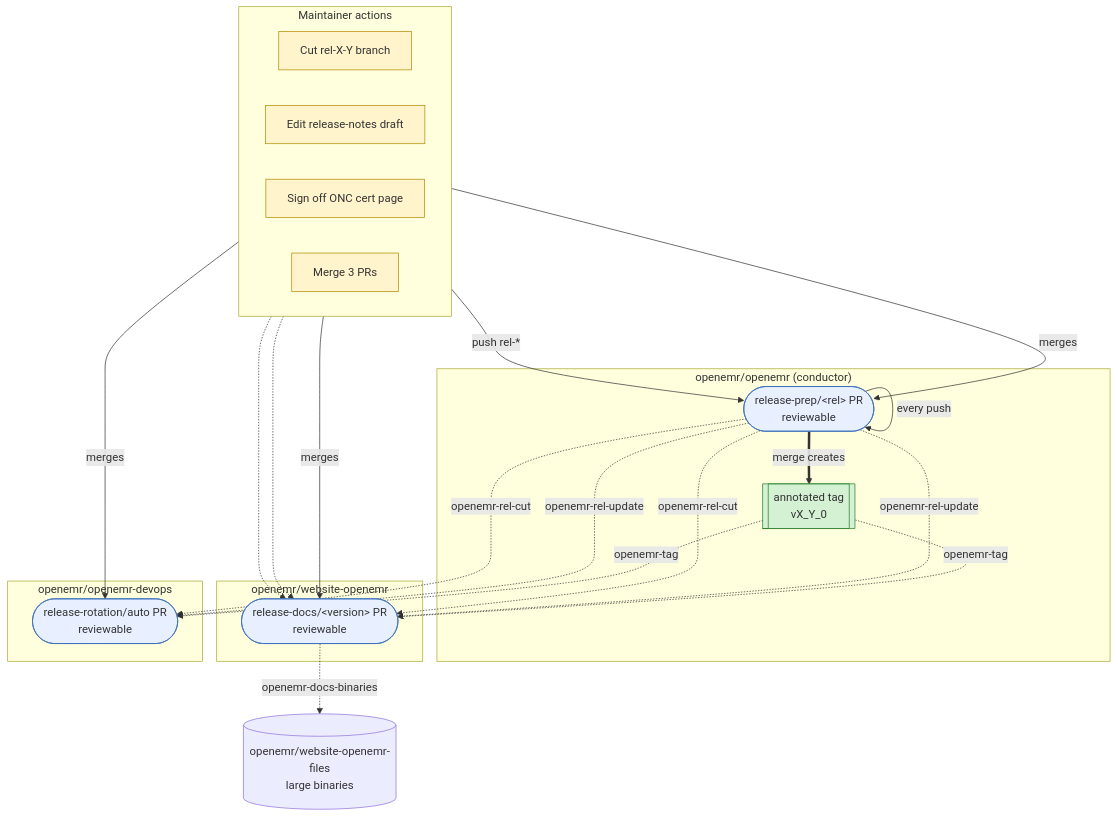
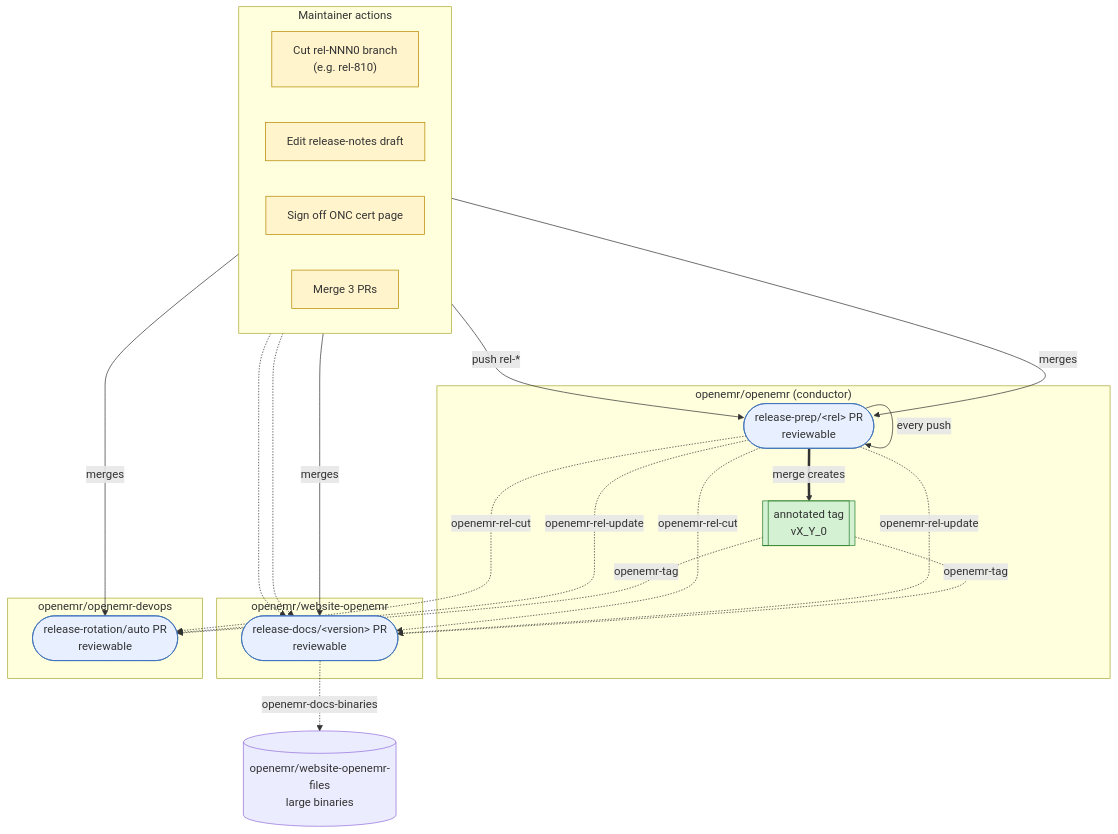
The diagram in docs/RELEASE_PROCESS.md (openemr/openemr), drawn with Mermaid before and after one commit. The commit also changed other lines of this file, not shown here.

````diff
--- a/docs/RELEASE_PROCESS.md
+++ b/docs/RELEASE_PROCESS.md
@@ -18,50 +18,50 @@
 ```mermaid
 flowchart TB
     subgraph manual["Maintainer actions"]
         direction LR
-        cut["Cut rel-X-Y branch"]
+        cut["Cut rel-NNN0 branch<br/>(e.g. rel-810)"]
         edit["Edit release-notes draft"]
         sign["Sign off ONC cert page"]
         merge["Merge 3 PRs"]
     end
 
     subgraph oe["openemr/openemr (conductor)"]
         prepPR(["release-prep/&lt;rel&gt; PR<br/>reviewable"])
         tag[["annotated tag<br/>vX_Y_0"]]
     end
 
     subgraph wo["openemr/website-openemr"]
         docsPR(["release-docs/&lt;version&gt; PR<br/>reviewable"])
     end
 
     wof[("openemr/website-openemr-files<br/>large binaries")]
 
     subgraph od["openemr/openemr-devops"]
         infraPR(["release-rotation/auto PR<br/>reviewable"])
     end
 
     cut -->|push rel-*| prepPR
     prepPR -->|every push| prepPR
     edit -.-> docsPR
     sign -.-> docsPR
     merge -->|merges| prepPR
     merge -->|merges| docsPR
     merge -->|merges| infraPR
 
     prepPR ==>|merge creates| tag
 
     prepPR -. openemr-rel-cut .-> docsPR
     prepPR -. openemr-rel-update .-> docsPR
     prepPR -. openemr-rel-cut .-> infraPR
     prepPR -. openemr-rel-update .-> infraPR
     tag -. openemr-tag .-> docsPR
     tag -. openemr-tag .-> infraPR
     docsPR -. openemr-docs-binaries .-> wof
 
     classDef manualStep fill:#fff4cc,stroke:#b58900
     classDef autoArtifact fill:#e8f0ff,stroke:#3b6fb8
     classDef autoTag fill:#d4f1d4,stroke:#2a7f2a
     class cut,edit,sign,merge manualStep
     class prepPR,docsPR,infraPR autoArtifact
     class tag autoTag
 ```
````
